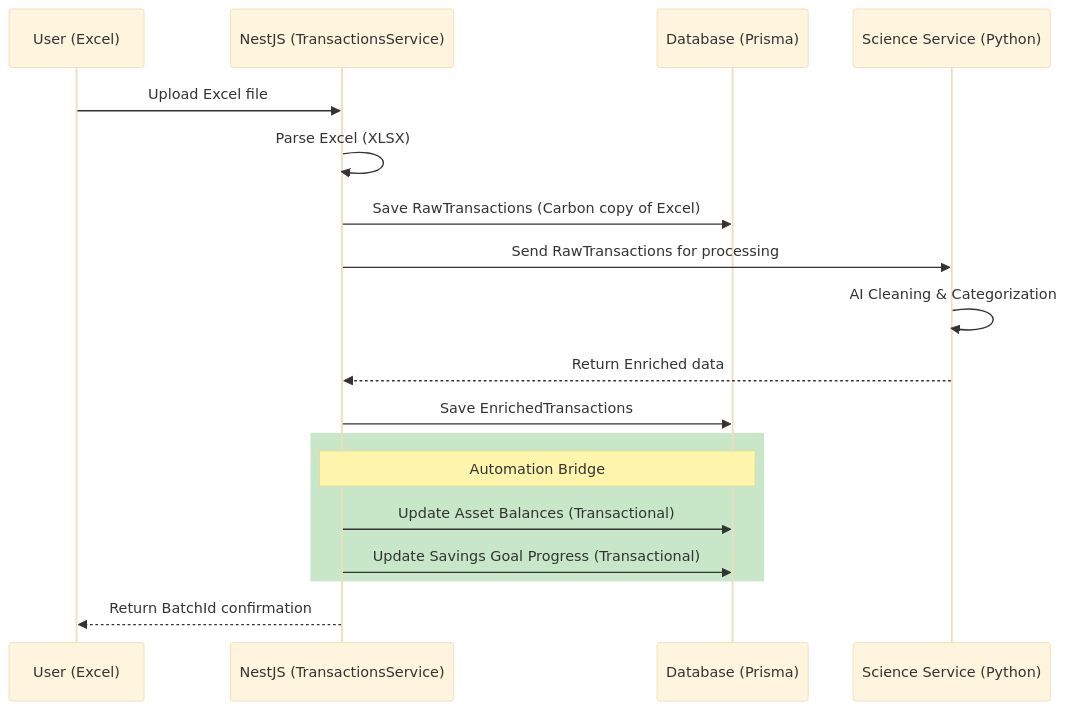
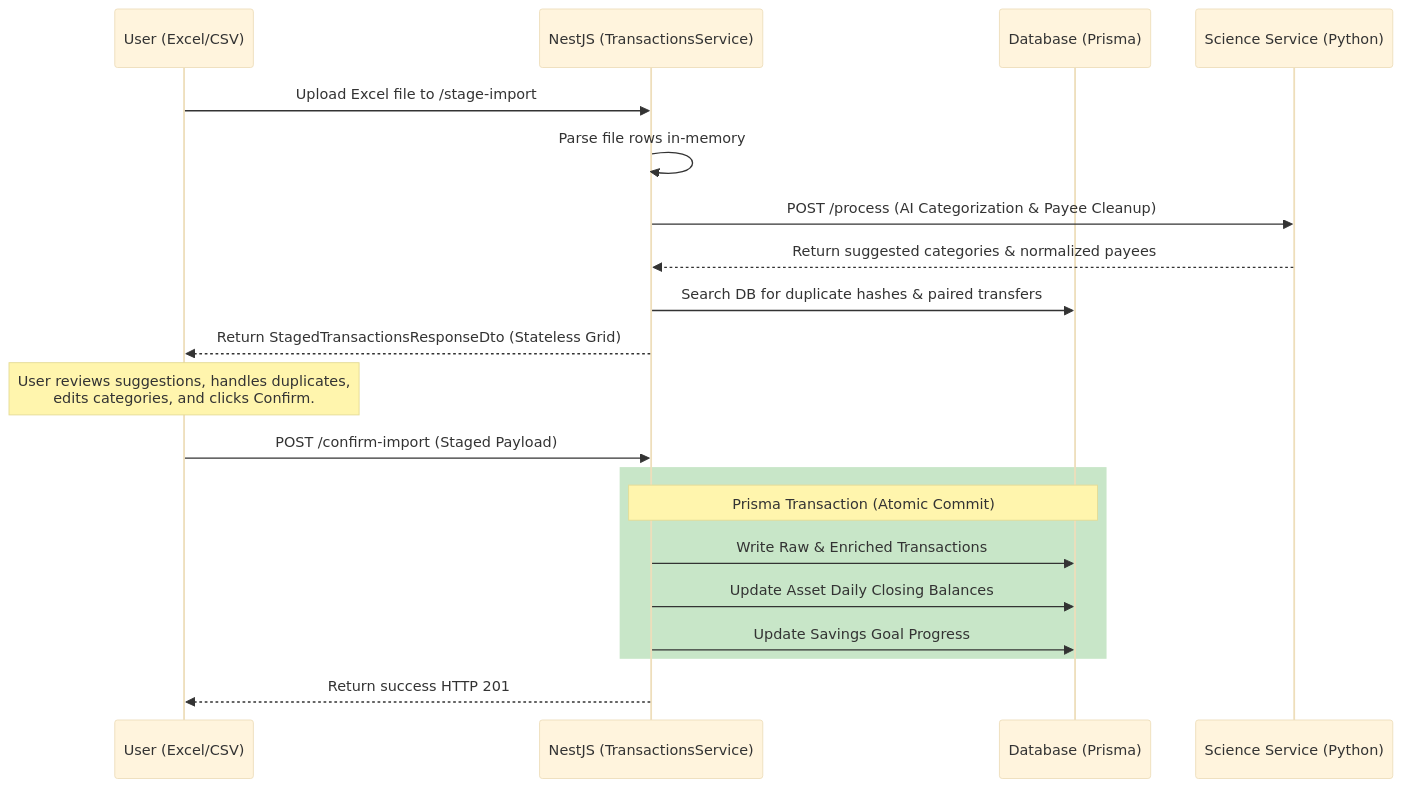
One commit to fabogit/finances-dashboard changed the second of 2 diagrams in documents/fn_architecture.md. Above: the diagram before and after it, drawn with Mermaid (base theme). The commit also changed other lines of this file and 3 other files, not shown here.

First line of the commit message:
docs: update architecture, data dictionary, roadmap, and science integration

````diff
--- a/documents/fn_architecture.md
+++ b/documents/fn_architecture.md
@@ -23,21 +25,23 @@
 ```mermaid
 sequenceDiagram
-    participant U as User (Excel)
+    participant U as User (Excel/CSV)
     participant N as NestJS (TransactionsService)
     participant D as Database (Prisma)
     participant S as Science Service (Python)
 
-    U->>N: Upload Excel file
-    N->>N: Parse Excel (XLSX)
-    N->>D: Save RawTransactions (Carbon copy of Excel)
-    N->>S: Send RawTransactions for processing
-    S->>S: AI Cleaning & Categorization
-    S-->>N: Return Enriched data
-    N->>D: Save EnrichedTransactions
+    U->>N: Upload Excel file to /stage-import
+    N->>N: Parse file rows in-memory
+    N->>S: POST /process (AI Categorization & Payee Cleanup)
+    S-->>N: Return suggested categories & normalized payees
+    N->>D: Search DB for duplicate hashes & paired transfers
+    N-->>U: Return StagedTransactionsResponseDto (Stateless Grid)
+    Note over U: User reviews suggestions, handles duplicates,<br/>edits categories, and clicks Confirm.
+    U->>N: POST /confirm-import (Staged Payload)
     rect rgb(200, 230, 200)
-    Note over N,D: Automation Bridge
-    N->>D: Update Asset Balances (Transactional)
-    N->>D: Update Savings Goal Progress (Transactional)
+    Note over N,D: Prisma Transaction (Atomic Commit)
+    N->>D: Write Raw & Enriched Transactions
+    N->>D: Update Asset Daily Closing Balances
+    N->>D: Update Savings Goal Progress
     end
-    N-->>U: Return BatchId confirmation
+    N-->>U: Return success HTTP 201
 ```
````
